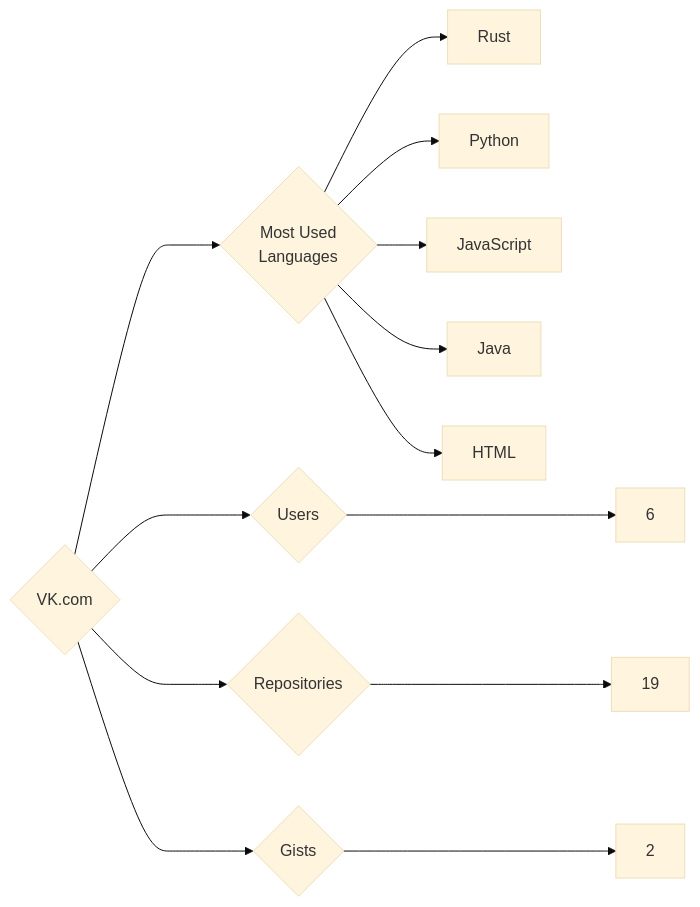
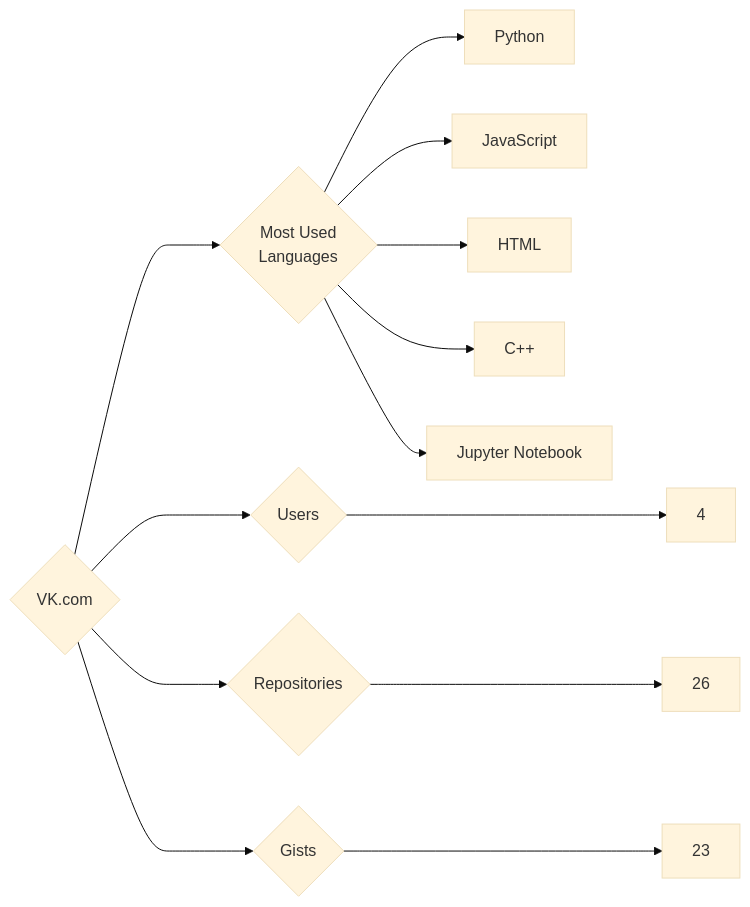
One commit to trickest/insiders changed the diagram in targets/VK.com/README.md. Above: the diagram before and after it, drawn with Mermaid (base theme). The commit also changed 715 other files, not shown here.

````diff
--- a/targets/VK.com/README.md
+++ b/targets/VK.com/README.md
@@ -3,13 +3,13 @@
 ```mermaid
 graph LR
 COMPANY_NAME{VK.com}
-COMPANY_NAME ---> U{Users} ---> UN[6]
-COMPANY_NAME ---> R{Repositories} ---> RN[19]
-COMPANY_NAME ---> G{Gists} ---> GN[2]
+COMPANY_NAME ---> U{Users} ---> UN[4]
+COMPANY_NAME ---> R{Repositories} ---> RN[26]
+COMPANY_NAME ---> G{Gists} ---> GN[23]
 COMPANY_NAME ---> ML{Most Used<br>Languages}
-ML --> Rust[Rust]
 ML --> Python[Python]
 ML --> JavaScript[JavaScript]
-ML --> Java[Java]
 ML --> HTML[HTML]
+ML --> C++[C++]
+ML --> Jupyter_Notebook[Jupyter Notebook]
 ```
````
